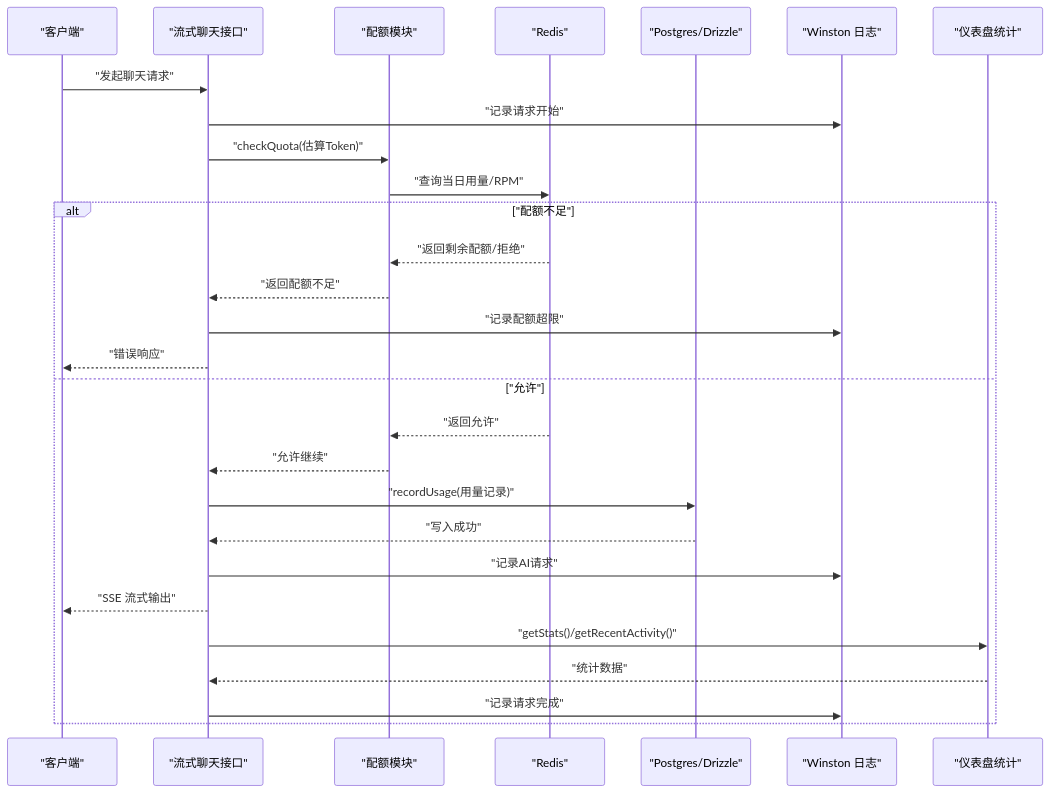
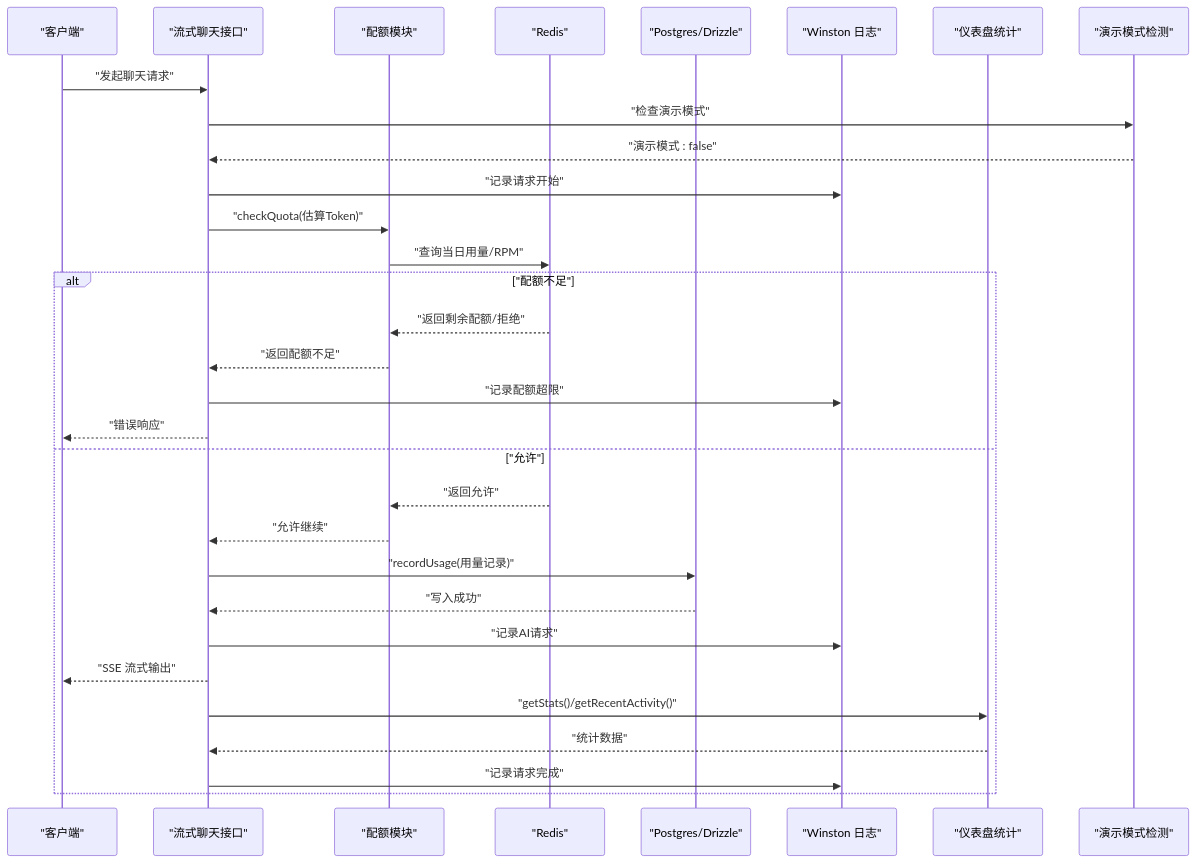
Before and after one commit to RadiumAg/AIGate: the second of 7 diagrams in .qoder/repowiki/zh/content/配置与部署/监控与日志管理.md, drawn with Mermaid. The commit also changed other lines of this file and 9 other files, not shown here.

````diff
--- a/.qoder/repowiki/zh/content/配置与部署/监控与日志管理.md
+++ b/.qoder/repowiki/zh/content/配置与部署/监控与日志管理.md
@@ -135,30 +149,33 @@
 ```mermaid
 sequenceDiagram
 participant C as "客户端"
 participant API as "流式聊天接口"
 participant Q as "配额模块"
 participant R as "Redis"
 participant DB as "Postgres/Drizzle"
 participant L as "Winston 日志"
 participant D as "仪表盘统计"
+participant DM as "演示模式检测"
 C->>API : "发起聊天请求"
+API->>DM : "检查演示模式"
+DM-->>API : "演示模式 : false"
 API->>L : "记录请求开始"
 API->>Q : "checkQuota(估算Token)"
 Q->>R : "查询当日用量/RPM"
 alt "配额不足"
 R-->>Q : "返回剩余配额/拒绝"
 Q-->>API : "返回配额不足"
 API->>L : "记录配额超限"
 API-->>C : "错误响应"
 else "允许"
 R-->>Q : "返回允许"
 Q-->>API : "允许继续"
 API->>DB : "recordUsage(用量记录)"
 DB-->>API : "写入成功"
 API->>L : "记录AI请求"
 API-->>C : "SSE 流式输出"
 API->>D : "getStats()/getRecentActivity()"
 D-->>API : "统计数据"
 API->>L : "记录请求完成"
 end
 ```
````
